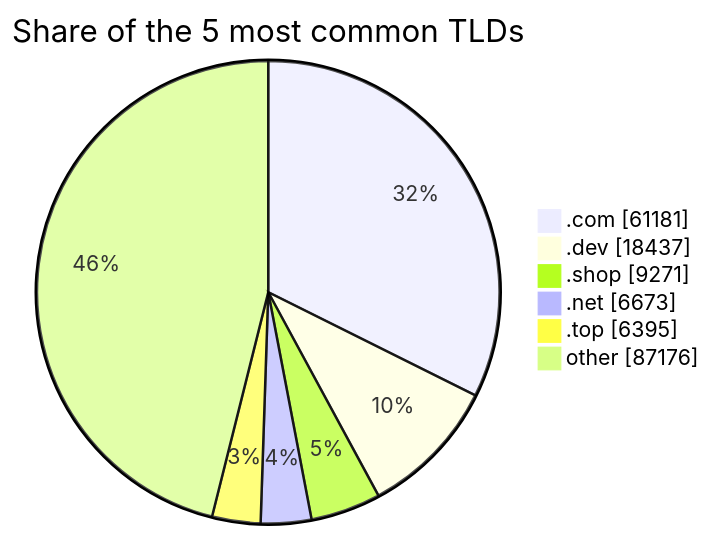
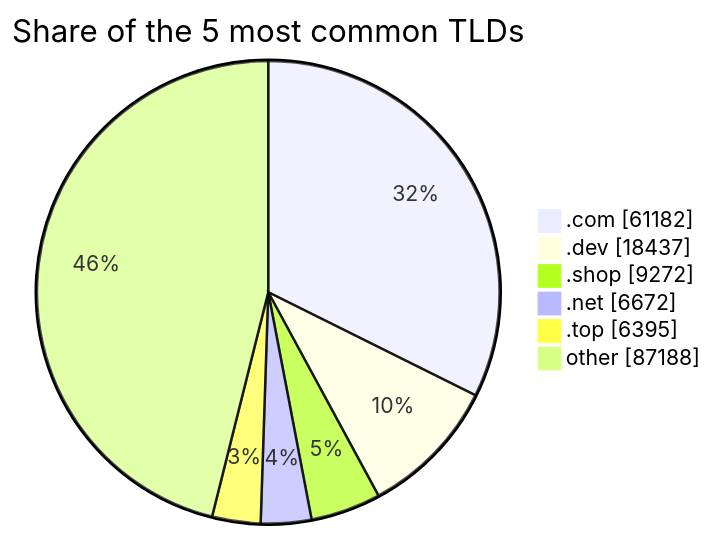
One commit to DNSBunker/CTI changed the third of 3 diagrams in README.md. Above: the diagram before and after it, drawn with Mermaid. The commit also changed other lines of this file and 3 other files, not shown here.

````diff
--- a/README.md
+++ b/README.md
@@ -81,9 +81,9 @@
 ```mermaid
 pie showData title Share of the 5 most common TLDs
-    ".com" : 61181
+    ".com" : 61182
     ".dev" : 18437
-    ".shop" : 9271
-    ".net" : 6673
+    ".shop" : 9272
+    ".net" : 6672
     ".top" : 6395
-    "other" : 87176
+    "other" : 87188
 ```
````
